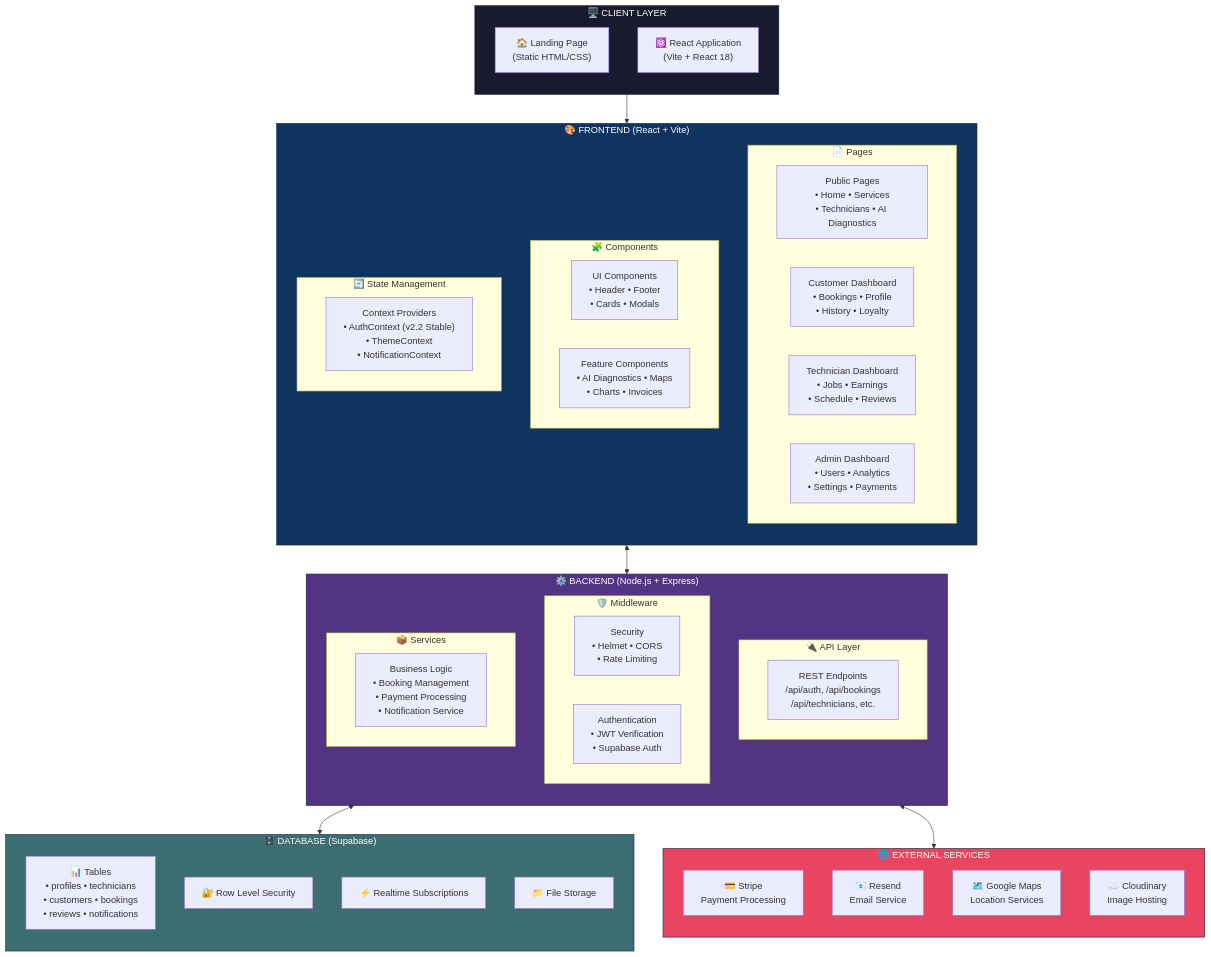
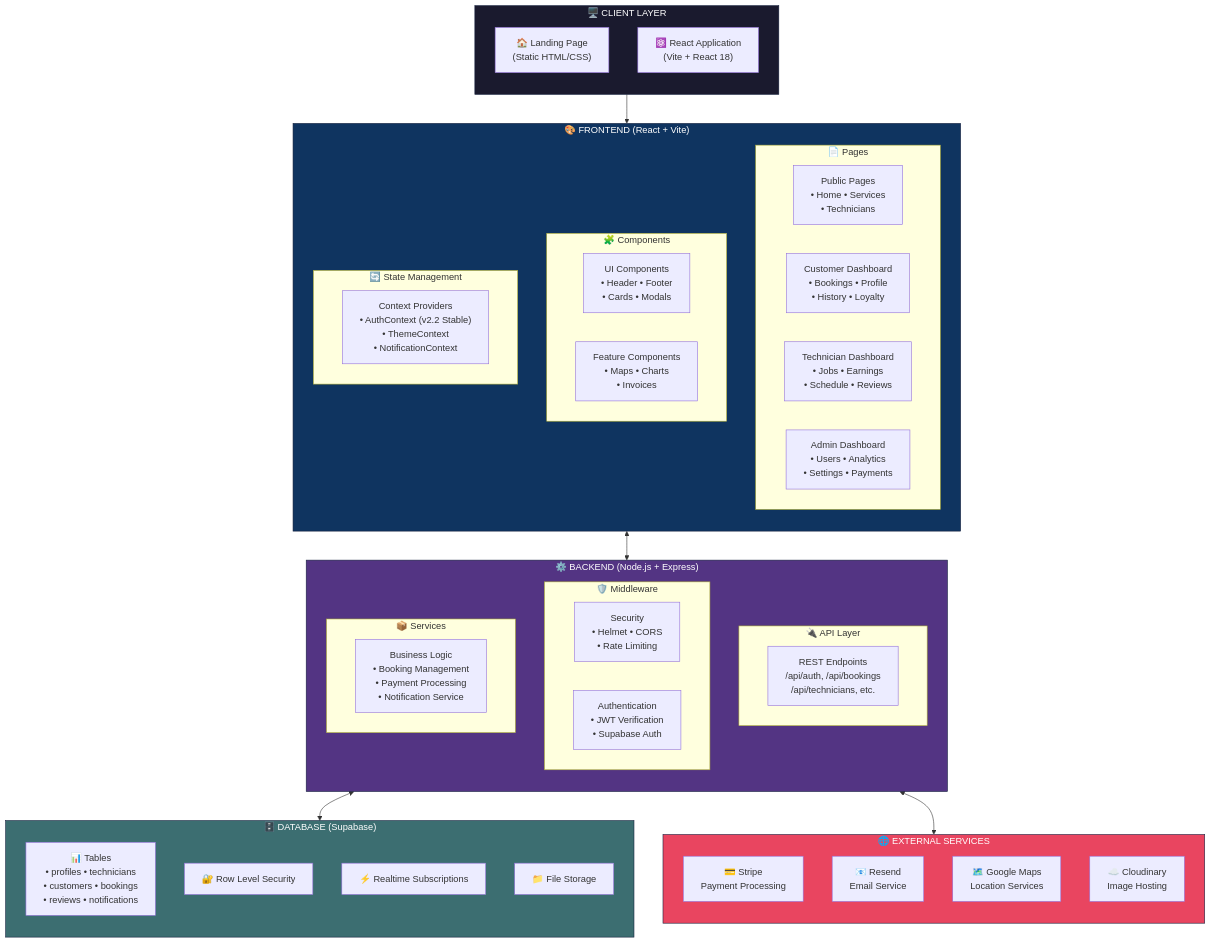
One commit to Irchika774/Tech-Care_official changed the first of 12 diagrams in README.md. Above: the diagram before and after it, drawn with Mermaid. The commit also changed other lines of this file, not shown here.

Commit message:
docs: fix diagrams rendering and remove AI Diagnostics mentions

````diff
--- a/README.md
+++ b/README.md
@@ -46,66 +45,66 @@
 ```mermaid
 flowchart TB
     subgraph Client["🖥️ CLIENT LAYER"]
         direction TB
         LP["🏠 Landing Page<br/>(Static HTML/CSS)"]
         RA["⚛️ React Application<br/>(Vite + React 18)"]
     end
 
     subgraph Frontend["🎨 FRONTEND (React + Vite)"]
         direction TB
         subgraph Pages["📄 Pages"]
-            PUB["Public Pages<br/>• Home • Services<br/>• Technicians • AI Diagnostics"]
+            PUB["Public Pages<br/>• Home • Services<br/>• Technicians"]
             CUST["Customer Dashboard<br/>• Bookings • Profile<br/>• History • Loyalty"]
             TECH["Technician Dashboard<br/>• Jobs • Earnings<br/>• Schedule • Reviews"]
             ADM["Admin Dashboard<br/>• Users • Analytics<br/>• Settings • Payments"]
         end
         subgraph Components["🧩 Components"]
             UI["UI Components<br/>• Header • Footer<br/>• Cards • Modals"]
-            FEAT["Feature Components<br/>• AI Diagnostics • Maps<br/>• Charts • Invoices"]
+            FEAT["Feature Components<br/>• Maps • Charts<br/>• Invoices"]
         end
         subgraph State["🔄 State Management"]
             CTX["Context Providers<br/>• AuthContext (v2.2 Stable)<br/>• ThemeContext<br/>• NotificationContext"]
         end
     end
 
     subgraph Backend["⚙️ BACKEND (Node.js + Express)"]
         direction TB
         subgraph API["🔌 API Layer"]
             REST["REST Endpoints<br/>/api/auth, /api/bookings<br/>/api/technicians, etc."]
         end
         subgraph MW["🛡️ Middleware"]
             SEC["Security<br/>• Helmet • CORS<br/>• Rate Limiting"]
             AUTH["Authentication<br/>• JWT Verification<br/>• Supabase Auth"]
         end
         subgraph Services["📦 Services"]
             BIZ["Business Logic<br/>• Booking Management<br/>• Payment Processing<br/>• Notification Service"]
         end
     end
 
     subgraph Database["🗄️ DATABASE (Supabase)"]
         direction TB
         TABLES["📊 Tables<br/>• profiles • technicians<br/>• customers • bookings<br/>• reviews • notifications"]
         RLS["🔐 Row Level Security"]
         REALTIME["⚡ Realtime Subscriptions"]
         STORAGE["📁 File Storage"]
     end
 
     subgraph External["🌐 EXTERNAL SERVICES"]
         direction TB
         STRIPE["💳 Stripe<br/>Payment Processing"]
         RESEND["📧 Resend<br/>Email Service"]
         GMAPS["🗺️ Google Maps<br/>Location Services"]
         CLOUD["☁️ Cloudinary<br/>Image Hosting"]
     end
 
     Client --> Frontend
     Frontend <--> Backend
     Backend <--> Database
     Backend <--> External
 
     style Client fill:#1a1a2e,stroke:#16213e,color:#fff
     style Frontend fill:#0f3460,stroke:#16213e,color:#fff
     style Backend fill:#533483,stroke:#16213e,color:#fff
     style Database fill:#3c6e71,stroke:#16213e,color:#fff
     style External fill:#e94560,stroke:#16213e,color:#fff
 ```
````
